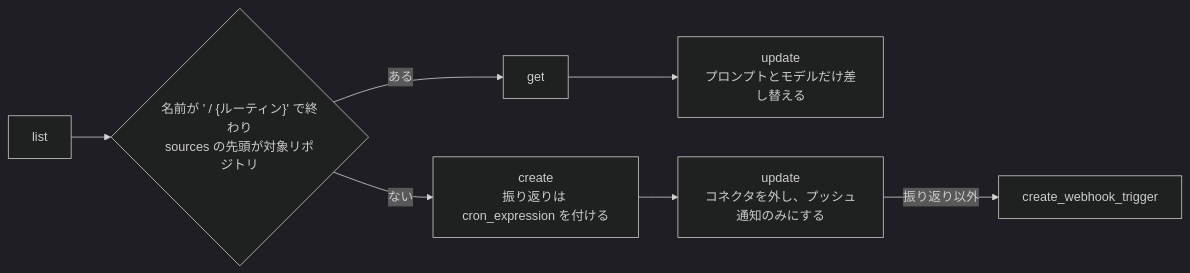
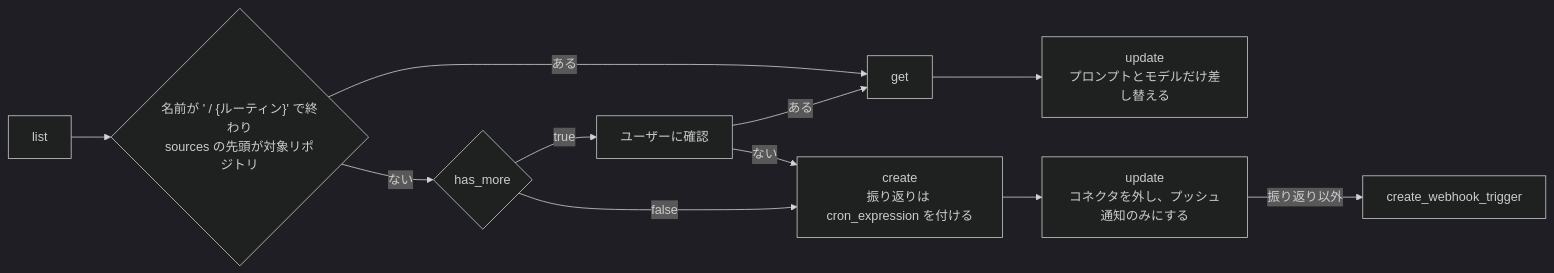
Before and after one commit to theindiehacker/fastship-plugin: the first of 2 diagrams in plugins/dev/skills/setup/SKILL.md, drawn with Mermaid (dark theme). The commit also changed other lines of this file and 3 other files, not shown here.

````diff
--- a/plugins/dev/skills/setup/SKILL.md
+++ b/plugins/dev/skills/setup/SKILL.md
@@ -114,6 +114,10 @@
 ```mermaid
 flowchart LR
     list["list"] --> exists{"名前が ' / {ルーティン}' で終わり<br/>sources の先頭が対象リポジトリ"}
     exists -->|ある| get["get"] --> update["update<br/>プロンプトとモデルだけ差し替える"]
-    exists -->|ない| create["create<br/>振り返りは cron_expression を付ける"] --> clear["update<br/>コネクタを外し、プッシュ通知のみにする"] -->|振り返り以外| trigger["create_webhook_trigger"]
+    exists -->|ない| more{"has_more"}
+    more -->|true| ask["ユーザーに確認"]
+    ask -->|ある| get
+    ask -->|ない| create
+    more -->|false| create["create<br/>振り返りは cron_expression を付ける"] --> clear["update<br/>コネクタを外し、プッシュ通知のみにする"] -->|振り返り以外| trigger["create_webhook_trigger"]
 ```
````
